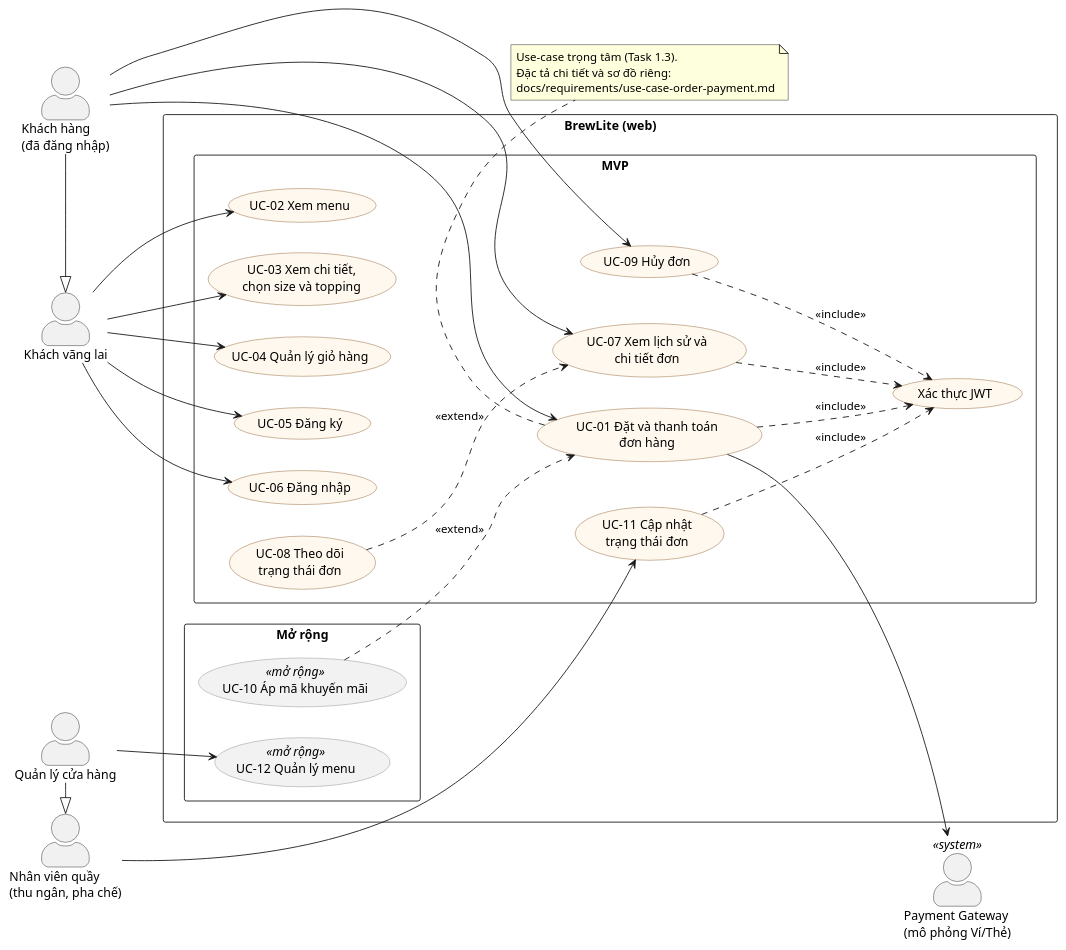
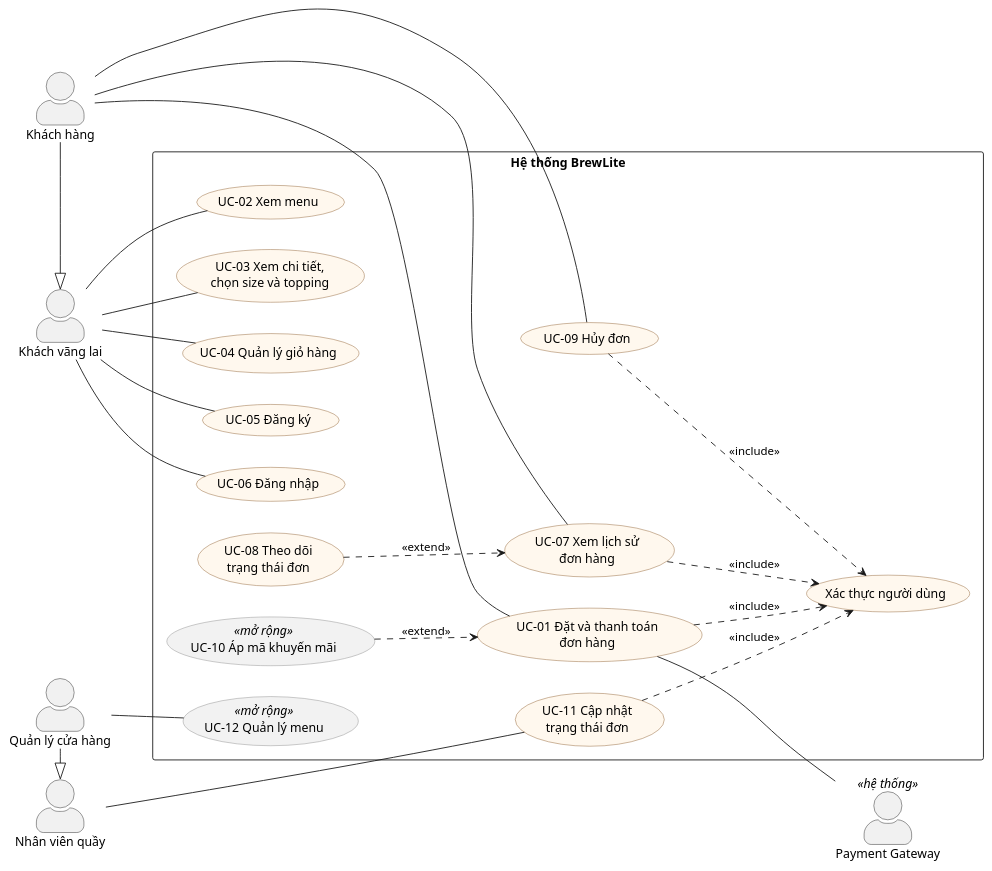
Before and after one commit to NguyenphamThaitu/FE_brewlite_hk1: the diagram in docs/diagrams/usecase-overview.puml, drawn with PlantUML. The commit also changed 3 other files, not shown here.

First line of the commit message:
docs(task-1): standard UML use-case diagram as PNG and map FR codes to the merged SRS

```diff
--- a/docs/diagrams/usecase-overview.puml
+++ b/docs/diagrams/usecase-overview.puml
@@ -1,71 +1,61 @@
 @startuml usecase-overview
 ' BrewLite - So do use-case tong quat (Task 1.2)
 ' Mo ta: docs/requirements/use-case-overview.md
 left to right direction
 skinparam packageStyle rectangle
 skinparam actorStyle awesome
 skinparam shadowing false
 skinparam usecase {
   BackgroundColor #FFF8EE
   BorderColor #8A5A2B
   BackgroundColor<<mở rộng>> #F2F2F2
   BorderColor<<mở rộng>> #888888
 }
 
 actor "Khách vãng lai" as Guest
-actor "Khách hàng\n(đã đăng nhập)" as Customer
-actor "Nhân viên quầy\n(thu ngân, pha chế)" as Staff
+actor "Khách hàng" as Customer
+actor "Nhân viên quầy" as Staff
 actor "Quản lý cửa hàng" as Manager
-actor "Payment Gateway\n(mô phỏng Ví/Thẻ)" as Pay <<system>>
+actor "Payment Gateway" as Pay <<hệ thống>>
 
 Customer -|> Guest
 Manager -|> Staff
 
-rectangle "BrewLite (web)" {
-  package "MVP" {
-    usecase "UC-02 Xem menu" as UC02
-    usecase "UC-03 Xem chi tiết,\nchọn size và topping" as UC03
-    usecase "UC-04 Quản lý giỏ hàng" as UC04
-    usecase "UC-05 Đăng ký" as UC05
-    usecase "UC-06 Đăng nhập" as UC06
-    usecase "UC-01 Đặt và thanh toán\nđơn hàng" as UC01
-    usecase "Xác thực JWT" as AUTH
-    usecase "UC-07 Xem lịch sử và\nchi tiết đơn" as UC07
-    usecase "UC-08 Theo dõi\ntrạng thái đơn" as UC08
-    usecase "UC-09 Hủy đơn" as UC09
-    usecase "UC-11 Cập nhật\ntrạng thái đơn" as UC11
-  }
-  package "Mở rộng" {
-    usecase "UC-10 Áp mã khuyến mãi" as UC10 <<mở rộng>>
-    usecase "UC-12 Quản lý menu" as UC12 <<mở rộng>>
-  }
+rectangle "Hệ thống BrewLite" {
+  usecase "UC-02 Xem menu" as UC02
+  usecase "UC-03 Xem chi tiết,\nchọn size và topping" as UC03
+  usecase "UC-04 Quản lý giỏ hàng" as UC04
+  usecase "UC-05 Đăng ký" as UC05
+  usecase "UC-06 Đăng nhập" as UC06
+  usecase "UC-01 Đặt và thanh toán\nđơn hàng" as UC01
+  usecase "UC-07 Xem lịch sử\nđơn hàng" as UC07
+  usecase "UC-08 Theo dõi\ntrạng thái đơn" as UC08
+  usecase "UC-09 Hủy đơn" as UC09
+  usecase "UC-11 Cập nhật\ntrạng thái đơn" as UC11
+  usecase "Xác thực người dùng" as AUTH
+  usecase "UC-10 Áp mã khuyến mãi" as UC10 <<mở rộng>>
+  usecase "UC-12 Quản lý menu" as UC12 <<mở rộng>>
 }
 
-Guest --> UC02
-Guest --> UC03
-Guest --> UC04
-Guest --> UC05
-Guest --> UC06
+Guest -- UC02
+Guest -- UC03
+Guest -- UC04
+Guest -- UC05
+Guest -- UC06
 
-Customer --> UC01
-Customer --> UC07
-Customer --> UC09
+Customer -- UC01
+Customer -- UC07
+Customer -- UC09
 
-UC01 --> Pay
+Staff -- UC11
+Manager -- UC12
+
+UC01 -- Pay
 
 UC01 ..> AUTH : <<include>>
 UC07 ..> AUTH : <<include>>
 UC09 ..> AUTH : <<include>>
 UC11 ..> AUTH : <<include>>
 UC08 ..> UC07 : <<extend>>
 UC10 ..> UC01 : <<extend>>
-
-Staff --> UC11
-Manager --> UC12
-
-note bottom of UC01
-  Use-case trọng tâm (Task 1.3).
-  Đặc tả chi tiết và sơ đồ riêng:
-  docs/requirements/use-case-order-payment.md
-end note
 @enduml
```
